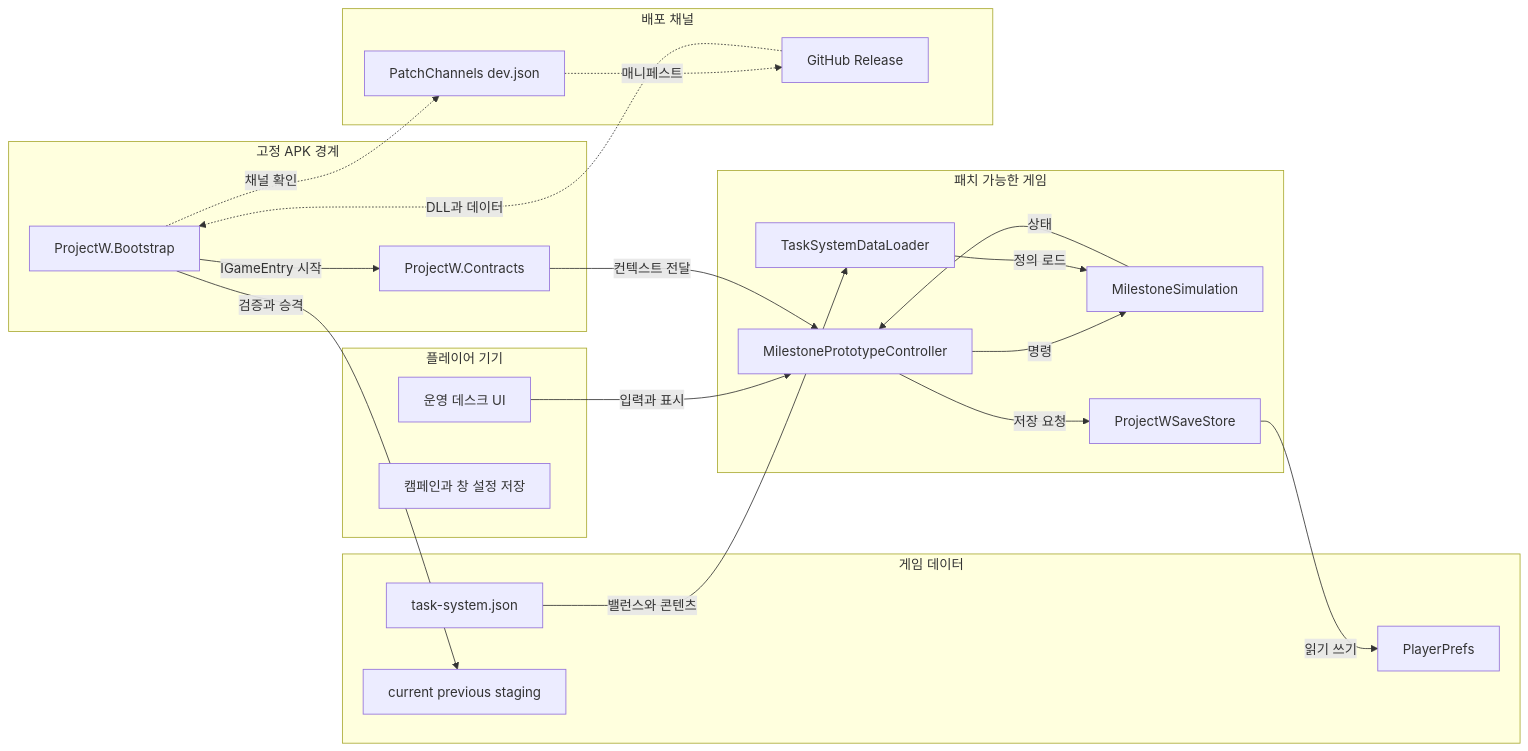
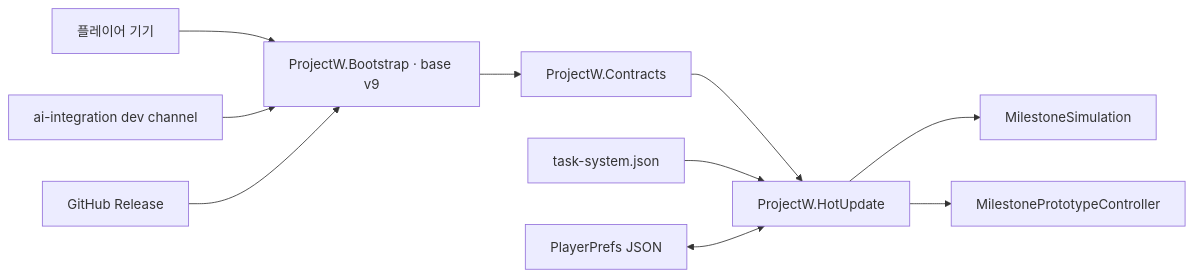
The first of 2 diagrams in Docs/GameCompletionMap.md (BaekNothing/ProjectW), drawn with Mermaid before and after one commit. The commit also changed other lines of this file and 5 other files, not shown here.

Commit message:
[Impl] Sync Task System v4.0 documentation and Codex

````diff
--- a/Docs/GameCompletionMap.md
+++ b/Docs/GameCompletionMap.md
@@ -21,44 +30,12 @@
 ```mermaid
 flowchart LR
-    subgraph client ["플레이어 기기"]
-        desktop["운영 데스크 UI"]
-        localSave["캠페인과 창 설정 저장"]
-    end
-
-    subgraph gateway ["고정 APK 경계"]
-        bootstrap["ProjectW.Bootstrap"]
-        contracts["ProjectW.Contracts"]
-    end
-
-    subgraph service ["패치 가능한 게임"]
-        controller["MilestonePrototypeController"]
-        simulation["MilestoneSimulation"]
-        dataLoader["TaskSystemDataLoader"]
-        saveStore["ProjectWSaveStore"]
-    end
-
-    subgraph datastore ["게임 데이터"]
-        taskData["task-system.json"]
-        playerPrefs["PlayerPrefs"]
-        patchSlots["current previous staging"]
-    end
-
-    subgraph external ["배포 채널"]
-        channel["PatchChannels dev.json"]
-        release["GitHub Release"]
-    end
-
-    desktop -->|"입력과 표시"| controller
-    bootstrap -->|"IGameEntry 시작"| contracts
-    contracts -->|"컨텍스트 전달"| controller
-    controller -->|"명령"| simulation
-    simulation -->|"상태"| controller
-    dataLoader -->|"정의 로드"| simulation
-    taskData -->|"밸런스와 콘텐츠"| dataLoader
-    controller -->|"저장 요청"| saveStore
-    saveStore -->|"읽기 쓰기"| playerPrefs
-    bootstrap -->|"검증과 승격"| patchSlots
-    bootstrap -.->|"채널 확인"| channel
-    channel -.->|"매니페스트"| release
-    release -.->|"DLL과 데이터"| bootstrap
+    device["플레이어 기기"] --> bootstrap["ProjectW.Bootstrap · base v9"]
+    bootstrap --> contracts["ProjectW.Contracts"]
+    contracts --> hot["ProjectW.HotUpdate"]
+    hot --> simulation["MilestoneSimulation"]
+    hot --> desktop["MilestonePrototypeController"]
+    data["task-system.json"] --> hot
+    save["PlayerPrefs JSON"] <--> hot
+    channel["ai-integration dev channel"] --> bootstrap
+    release["GitHub Release"] --> bootstrap
 ```
````
